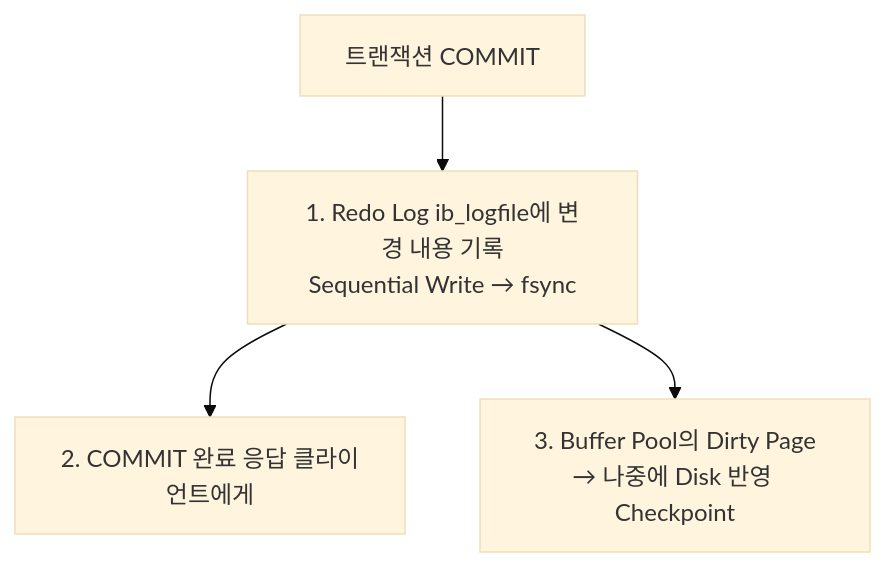
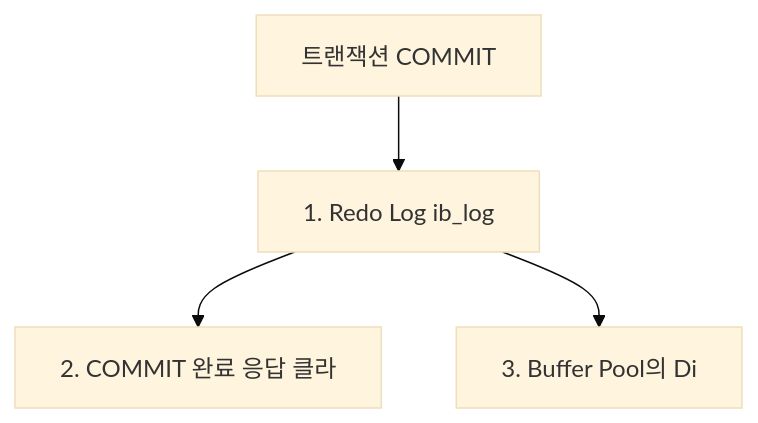
One commit to yjkim2015/yjkim2015.github.io changed the seventh of 10 diagrams in _posts/db/2026-05-01-db-internals.md. Above: the diagram before and after it, drawn with Mermaid (base theme). The commit also changed other lines of this file and 271 other files, not shown here.

First line of the commit message:
Mermaid 라벨 축소: 긴 노드 텍스트 18자 이하로 트림 + \n 제거

````diff
--- a/_posts/db/2026-05-01-db-internals.md
+++ b/_posts/db/2026-05-01-db-internals.md
@@ -285,6 +285,6 @@
 ```mermaid
 graph TD
-    A[트랜잭션 COMMIT] --> B["1. Redo Log ib_logfile에 변경 내용 기록<br>Sequential Write → fsync"]
-    B --> C["2. COMMIT 완료 응답 클라이언트에게"]
-    B --> D["3. Buffer Pool의 Dirty Page<br>→ 나중에 Disk 반영 Checkpoint"]
+    A[트랜잭션 COMMIT] --> B["1. Redo Log ib_log"]
+    B --> C["2. COMMIT 완료 응답 클라"]
+    B --> D["3. Buffer Pool의 Di"]
 ```
````
